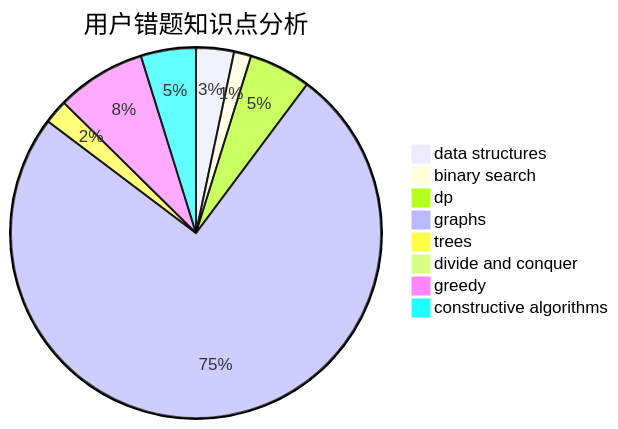
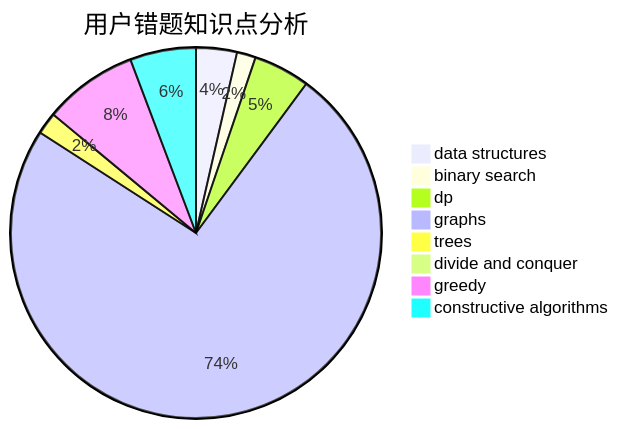
Before and after one commit to sherpahu/cfrs.github.io: the third of 3 diagrams in docs/user/u651.md, drawn with Mermaid. The commit also changed other lines of this file and 2770 other files, not shown here.

````diff
--- a/docs/user/u651.md
+++ b/docs/user/u651.md
@@ -36,11 +36,11 @@
 ```mermaid
 pie title 用户错题知识点分析
-    "data structures" :  11
-    "binary search" :  5
+    "data structures" :  13
+    "binary search" :  6
     "dp" :  18
-    "graphs" :  250
+    "graphs" :  270
     "trees" :  7
     "divide and conquer" :  2
-    "greedy" :  26
-    "constructive algorithms" :  16
+    "greedy" :  30
+    "constructive algorithms" :  21
 ```
````
